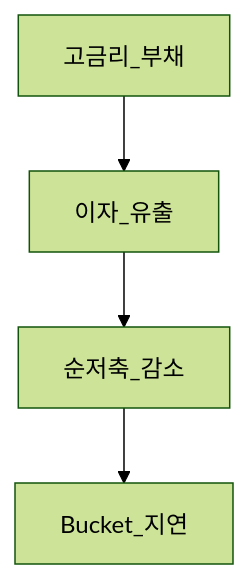
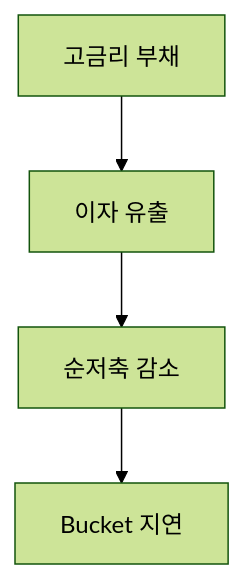
One commit to goldanghenry/Finances changed the third of 4 diagrams in 01-foundations/cash-flow-basics.md. Above: the diagram before and after it, drawn with Mermaid (forest theme). The commit also changed other lines of this file and 211 other files, not shown here.

````diff
--- a/01-foundations/cash-flow-basics.md
+++ b/01-foundations/cash-flow-basics.md
@@ -159,6 +168,6 @@
 ```mermaid
 flowchart TD
-  Debt[고금리_부채] --> Int[이자_유출]
-  Int --> Less[순저축_감소]
-  Less --> Delay[Bucket_지연]
+  Debt["고금리 부채"] --> Int["이자 유출"]
+  Int --> Less["순저축 감소"]
+  Less --> Delay["Bucket 지연"]
 ```
````
